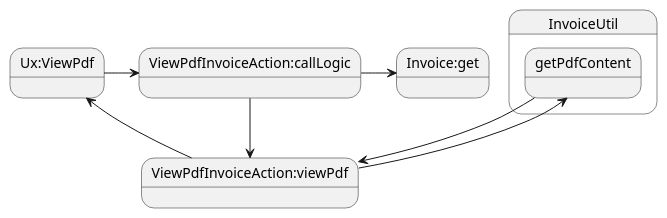
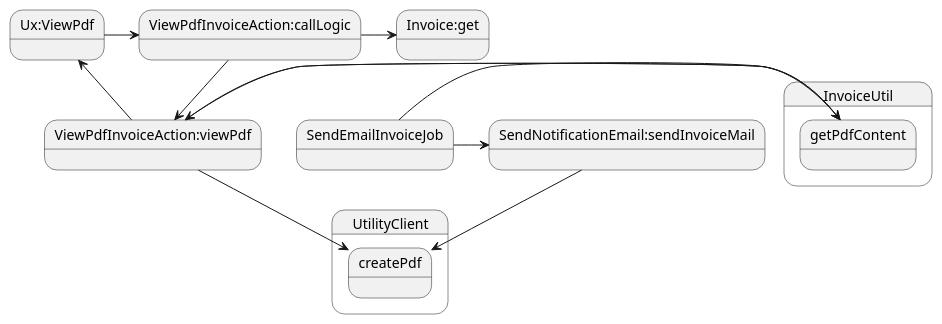
One commit to cb-manick/hubble changed the diagram in Hubble-Project-Notes/scenario/invoice-pdf-generation.puml. Above: the diagram before and after it, drawn with PlantUML. The commit also changed 1 other file, not shown here.

```diff
--- a/Hubble-Project-Notes/scenario/invoice-pdf-generation.puml
+++ b/Hubble-Project-Notes/scenario/invoice-pdf-generation.puml
@@ -1,8 +1,14 @@
 @startuml
 Ux:ViewPdf -> ViewPdfInvoiceAction:callLogic
+
 ViewPdfInvoiceAction:callLogic -> Invoice:get
 ViewPdfInvoiceAction:callLogic -> ViewPdfInvoiceAction:viewPdf
 ViewPdfInvoiceAction:viewPdf -> InvoiceUtil.getPdfContent
 InvoiceUtil.getPdfContent --> ViewPdfInvoiceAction:viewPdf
+ViewPdfInvoiceAction:viewPdf --> UtilityClient.createPdf
 ViewPdfInvoiceAction:viewPdf --> Ux:ViewPdf
+SendEmailInvoiceJob -> InvoiceUtil.getPdfContent
+SendEmailInvoiceJob -> SendNotificationEmail:sendInvoiceMail
+SendNotificationEmail:sendInvoiceMail --> UtilityClient.createPdf
+
 @enduml
```
